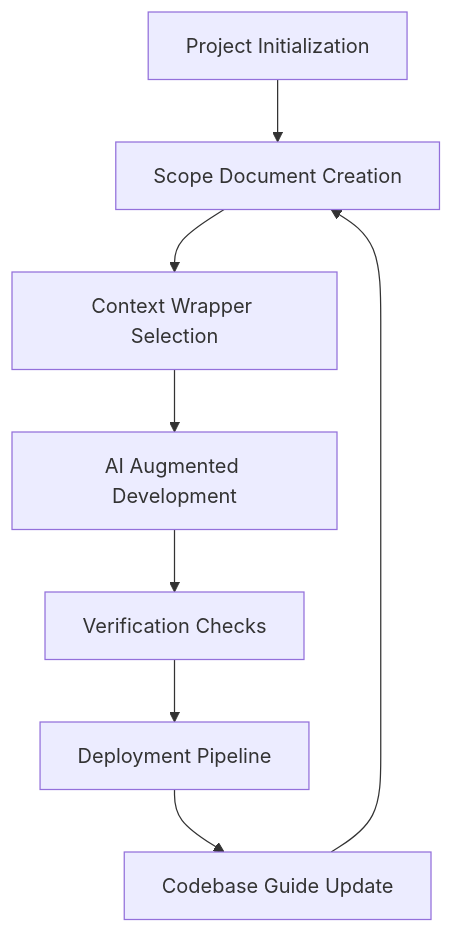
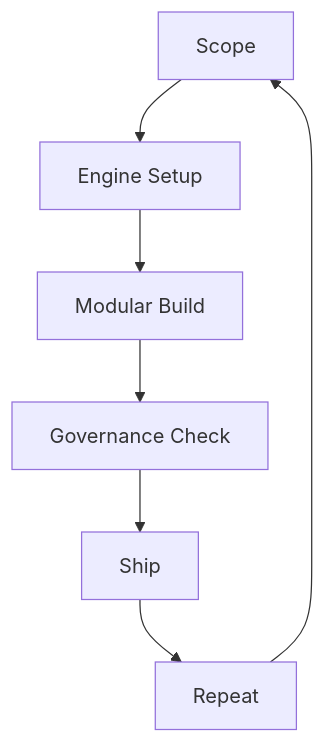
One commit to skyblue-will/ai_delivery_engine changed the diagram in docs/introduction.md. Above: the diagram before and after it, drawn with Mermaid. The commit also changed other lines of this file, not shown here.

Commit message:
docs: align Engine Workflow section with new 6-stage cycle

````diff
--- a/docs/introduction.md
+++ b/docs/introduction.md
@@ -86,10 +86,9 @@
 ```mermaid
 graph TD
-    A[Project Initialization] --> B[Scope Document Creation]
-    B --> C[Context Wrapper Selection]
-    C --> D[AI Augmented Development]
-    D --> E[Verification Checks]
-    E --> F[Deployment Pipeline]
-    F --> G[Codebase Guide Update]
-    G --> B
+    A[Scope] --> B[Engine Setup]
+    B --> C[Modular Build]
+    C --> D[Governance Check]
+    D --> E[Ship]
+    E --> F[Repeat]
+    F --> A
 ```
````
